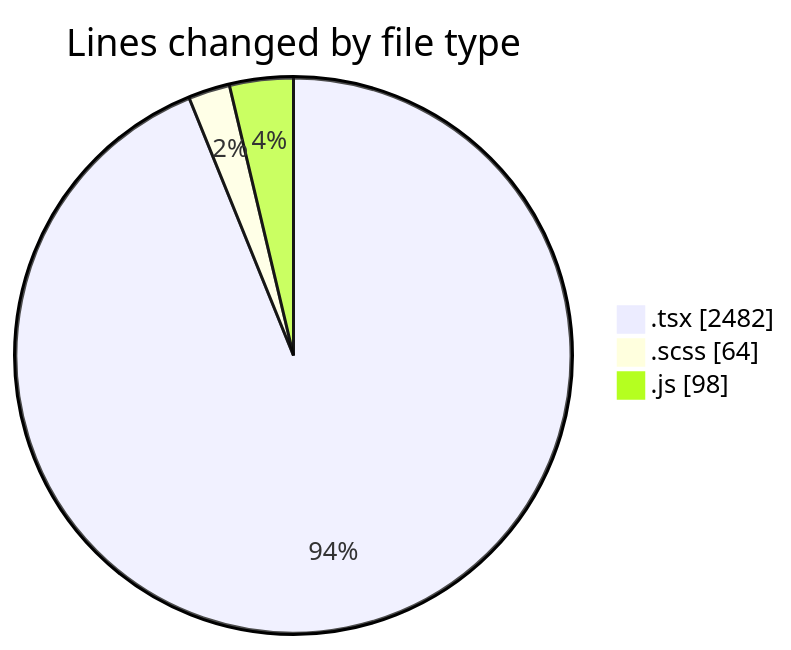
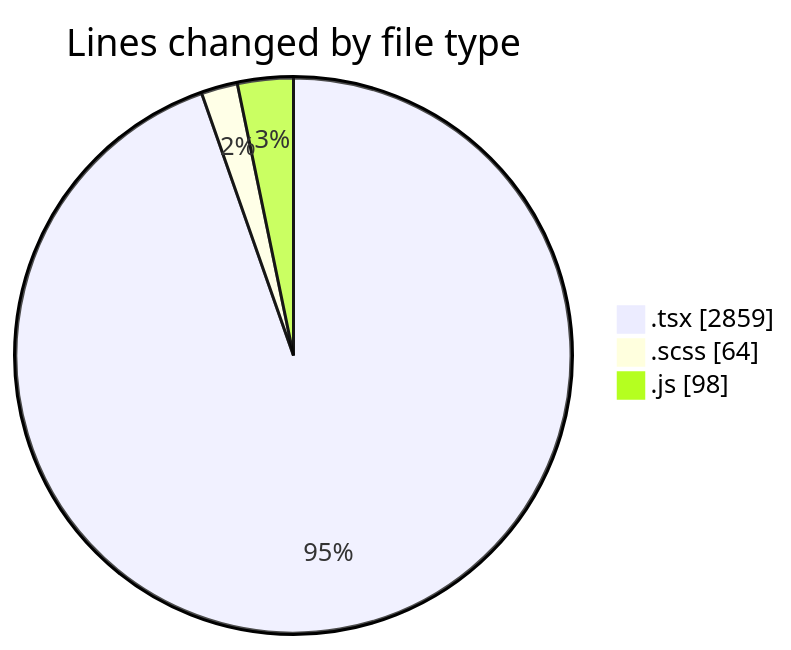
The first of 2 diagrams in 2025-06-16/cda/README.md (momahboobian/code-tracking), drawn with Mermaid before and after one commit. The commit also changed other lines of this file and 1 other file, not shown here.

````diff
--- a/2025-06-16/cda/README.md
+++ b/2025-06-16/cda/README.md
@@ -30,7 +32,7 @@
 ```mermaid
 pie showData
 title Lines changed by file type
-".tsx" : 2482
+".tsx" : 2859
 ".scss" : 64
 ".js" : 98
 ```
````
